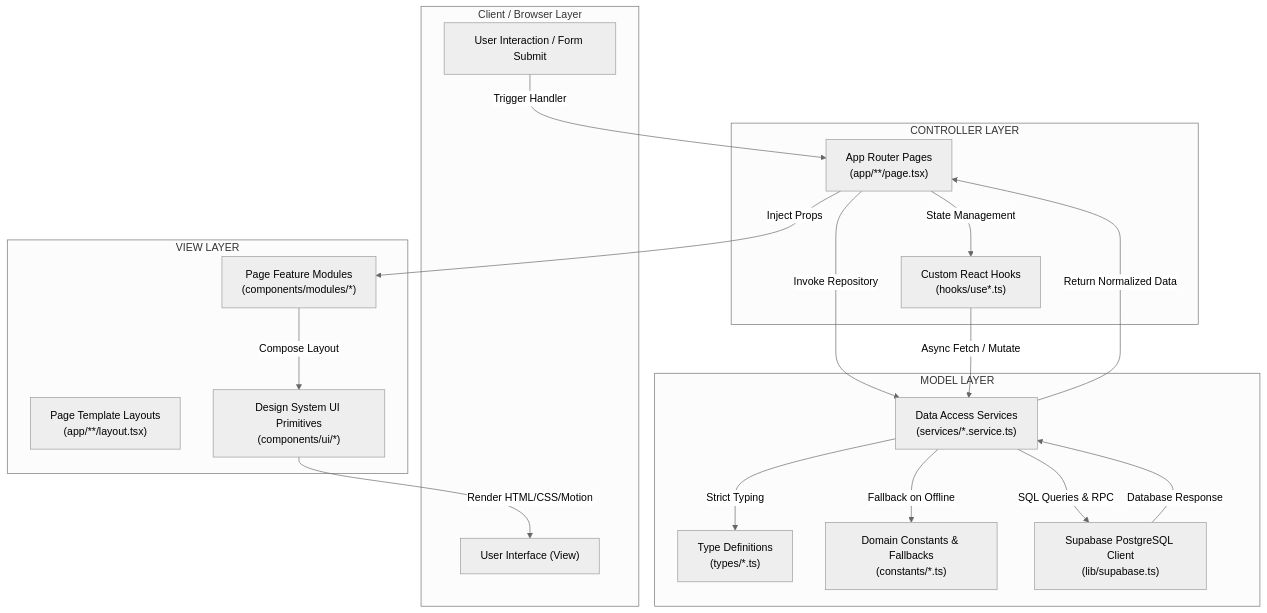
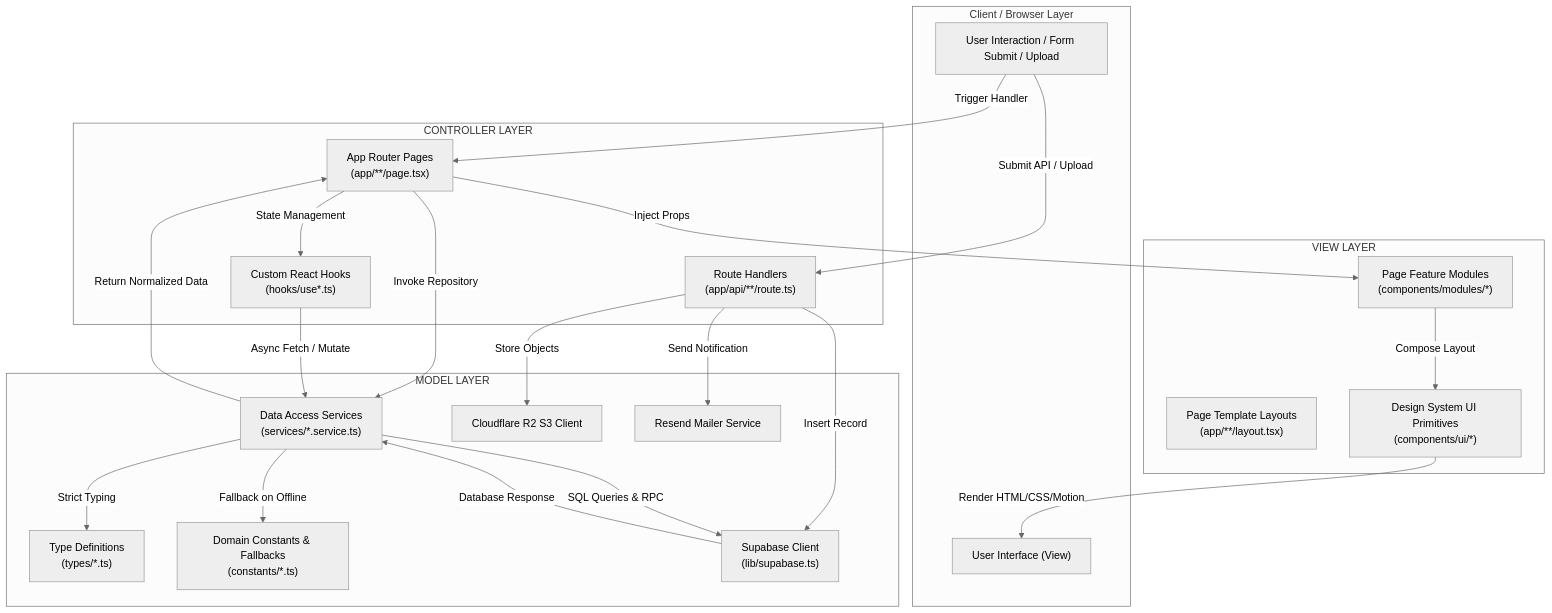
One commit to LPT-HMPSTI/hmps-ti changed the first of 2 diagrams in README.md. Above: the diagram before and after it, drawn with Mermaid (neutral theme). The commit also changed other lines of this file and 15 other files, not shown here.

Commit message:
feat: setup Supabase database schema and add UI shell components

````diff
--- a/README.md
+++ b/README.md
@@ -38,41 +44,49 @@
 ```mermaid
 flowchart TD
     subgraph Browser ["Client / Browser Layer"]
         UI["User Interface (View)"]
-        UserAction["User Interaction / Form Submit"]
+        UserAction["User Interaction / Form Submit / Upload"]
     end
 
     subgraph ControllerLayer ["CONTROLLER LAYER"]
         PageRouter["App Router Pages\n(app/**/page.tsx)"]
+        ApiRoutes["Route Handlers\n(app/api/**/route.ts)"]
         CustomHooks["Custom React Hooks\n(hooks/use*.ts)"]
     end
 
     subgraph ModelLayer ["MODEL LAYER"]
         Services["Data Access Services\n(services/*.service.ts)"]
         Types["Type Definitions\n(types/*.ts)"]
         Constants["Domain Constants & Fallbacks\n(constants/*.ts)"]
-        DBClient["Supabase PostgreSQL Client\n(lib/supabase.ts)"]
+        DBClient["Supabase Client\n(lib/supabase.ts)"]
+        R2Storage["Cloudflare R2 S3 Client"]
+        ResendMail["Resend Mailer Service"]
     end
 
     subgraph ViewLayer ["VIEW LAYER"]
         PageTemplate["Page Template Layouts\n(app/**/layout.tsx)"]
         Modules["Page Feature Modules\n(components/modules/*)"]
         UIPrimitives["Design System UI Primitives\n(components/ui/*)"]
     end
 
     UserAction -->|Trigger Handler| PageRouter
+    UserAction -->|Submit API / Upload| ApiRoutes
     PageRouter -->|State Management| CustomHooks
     PageRouter -->|Invoke Repository| Services
     CustomHooks -->|Async Fetch / Mutate| Services
+
+    ApiRoutes -->|Store Objects| R2Storage
+    ApiRoutes -->|Send Notification| ResendMail
+    ApiRoutes -->|Insert Record| DBClient
 
     Services -->|Strict Typing| Types
     Services -->|Fallback on Offline| Constants
     Services -->|SQL Queries & RPC| DBClient
 
     DBClient -->|Database Response| Services
     Services -->|Return Normalized Data| PageRouter
 
     PageRouter -->|Inject Props| Modules
     Modules -->|Compose Layout| UIPrimitives
     UIPrimitives -->|Render HTML/CSS/Motion| UI
 ```
````
